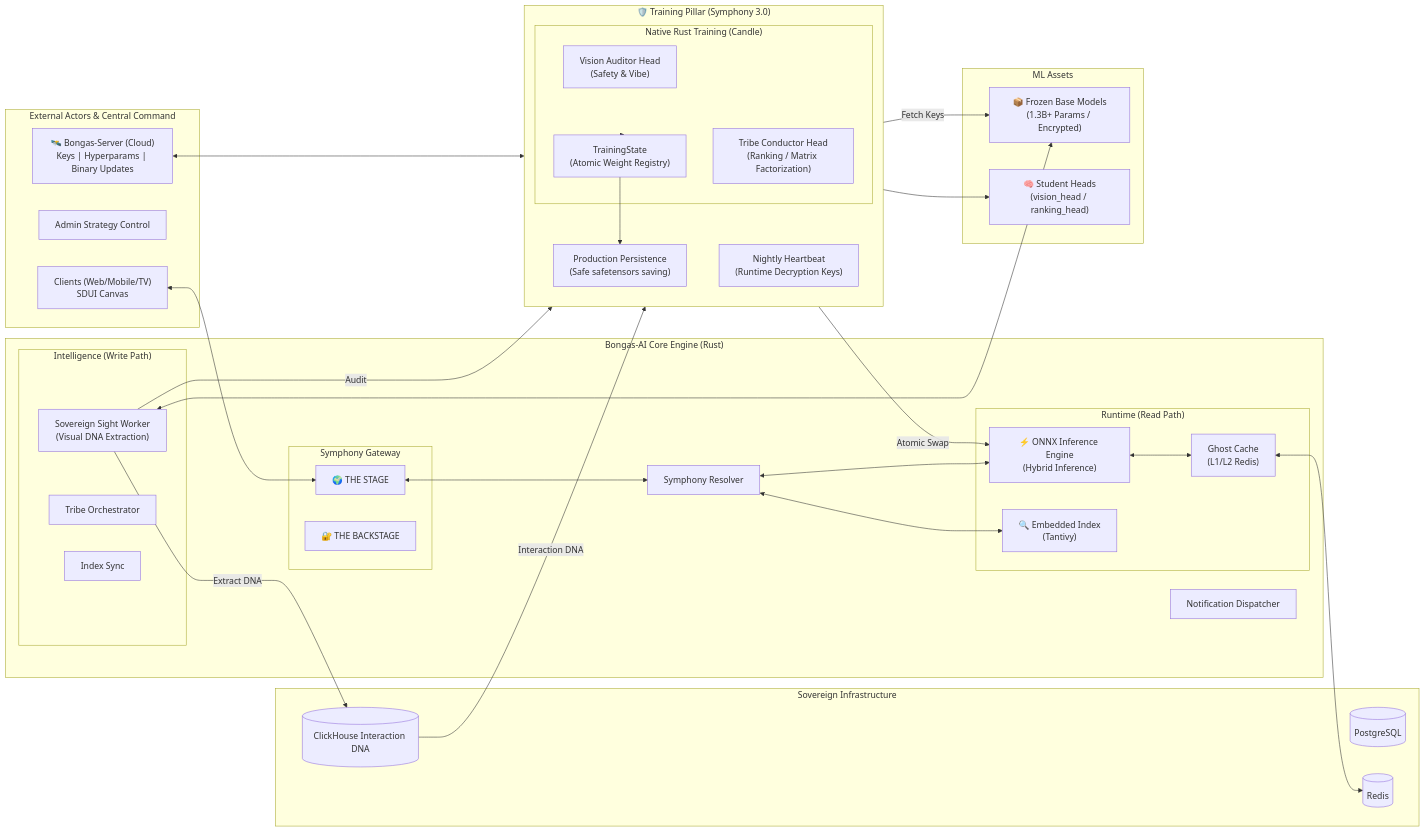
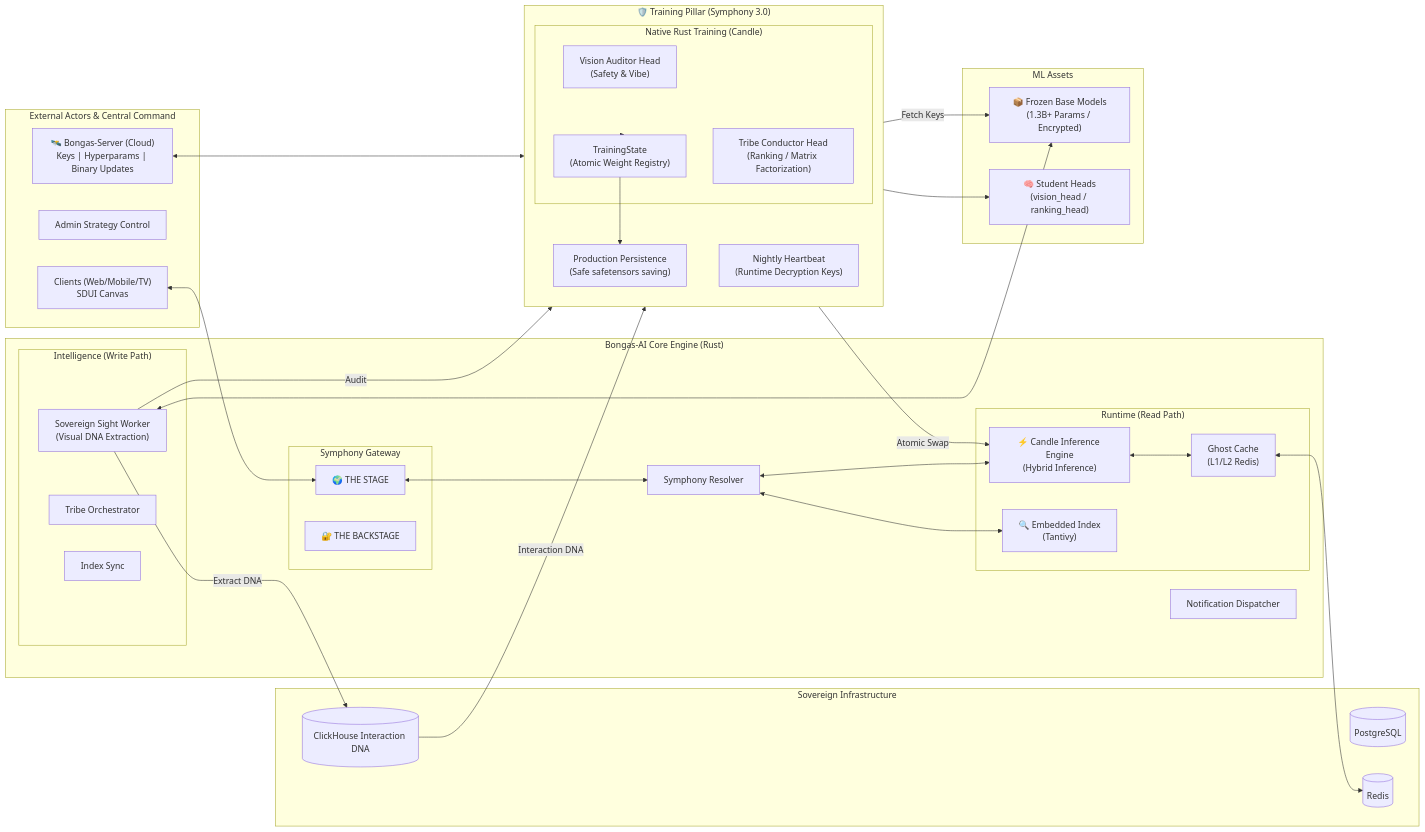
Before and after one commit to adiozdaniel/bongas-ai: the diagram in docs/architecture/SYMPHONY.md, drawn with Mermaid. The commit also changed 13 other files, not shown here.

```diff
--- a/docs/architecture/SYMPHONY.md
+++ b/docs/architecture/SYMPHONY.md
@@ -47,7 +47,7 @@
         Resolver["Symphony Resolver"]
 
         subgraph RuntimePlane ["Runtime (Read Path)"]
-            InferenceEngine["⚡ ONNX Inference Engine<br/>(Hybrid Inference)"]
+            InferenceEngine["⚡ Candle Inference Engine<br/>(Hybrid Inference)"]
             TantivyIndex["🔍 Embedded Index<br/>(Tantivy)"]
             GhostCache["Ghost Cache<br/>(L1/L2 Redis)"]
         end
```
